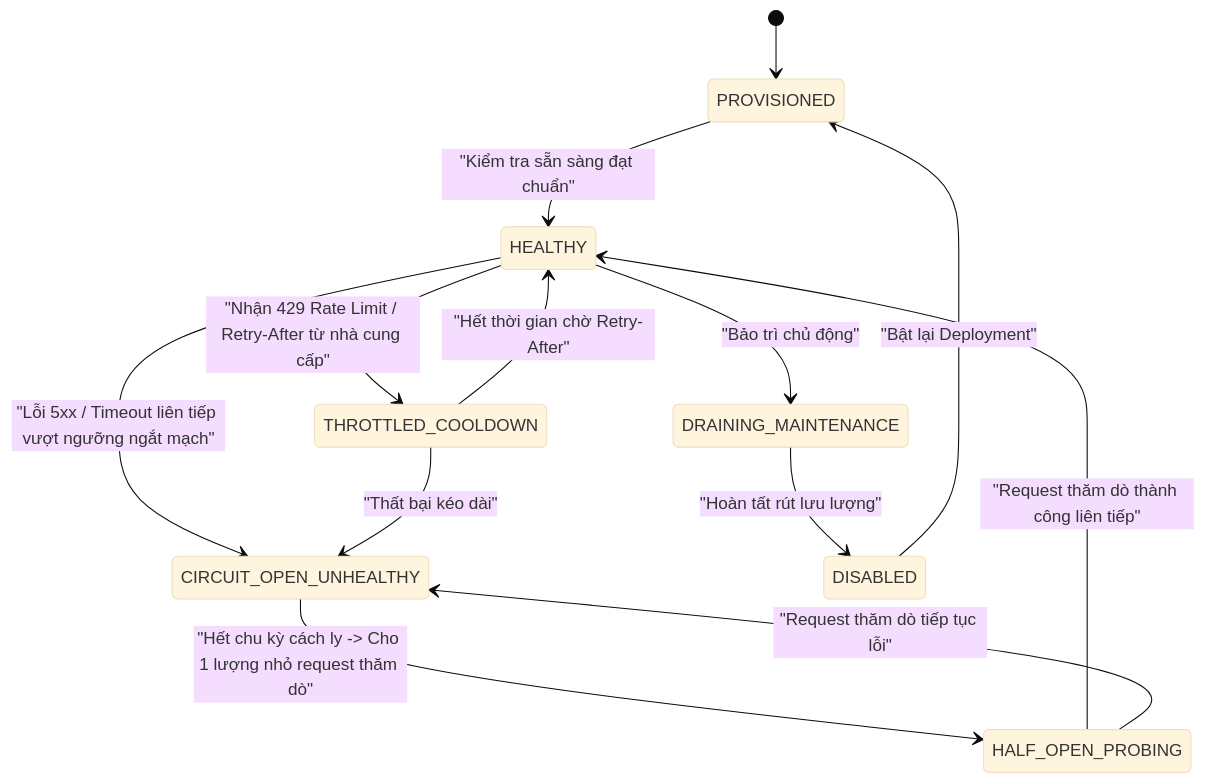
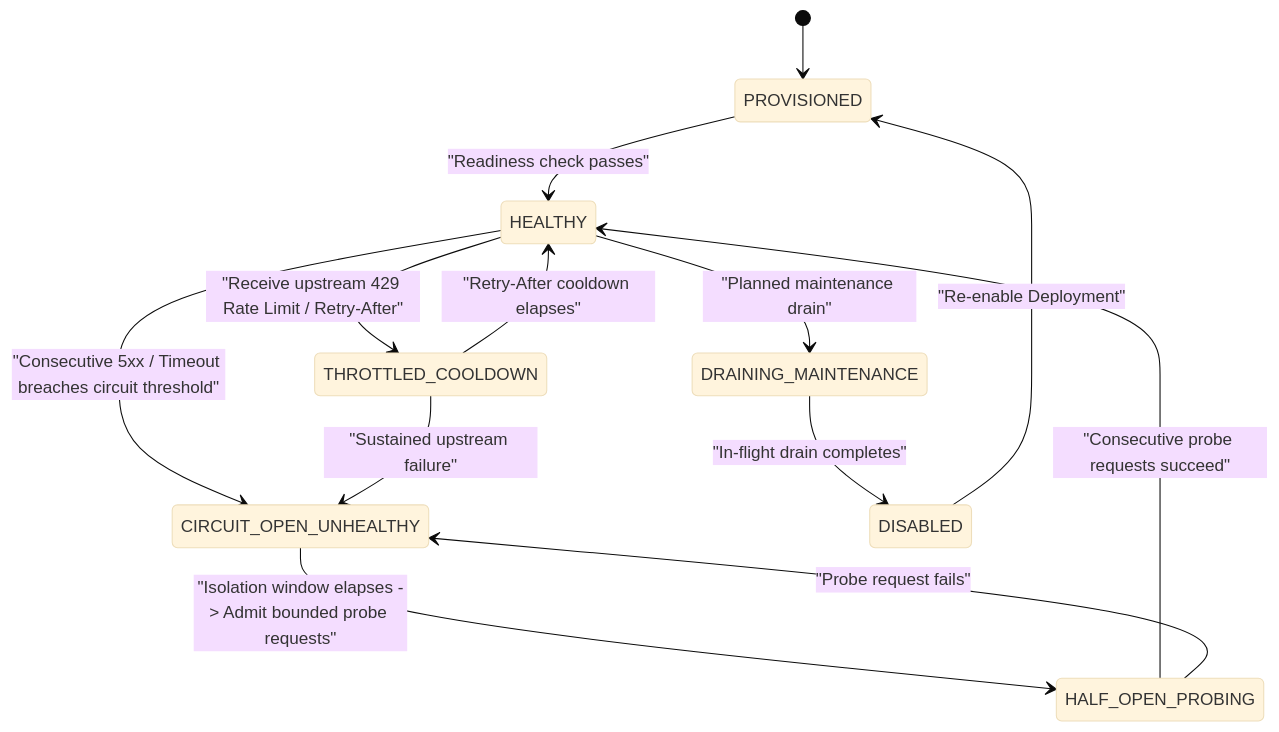
Before and after one commit to nguywnben/tanpopo: the fifth of 9 diagrams in docs/requirements/business-entity-map.md, drawn with Mermaid (base theme). The commit also changed other lines of this file and 111 other files, not shown here.

````diff
--- a/docs/requirements/business-entity-map.md
+++ b/docs/requirements/business-entity-map.md
@@ -169,15 +169,15 @@
 ```mermaid
 stateDiagram-v2
     [*] --> PROVISIONED
-    PROVISIONED --> HEALTHY : "Kiểm tra sẵn sàng đạt chuẩn"
-    HEALTHY --> THROTTLED_COOLDOWN : "Nhận 429 Rate Limit / Retry-After từ nhà cung cấp"
-    THROTTLED_COOLDOWN --> HEALTHY : "Hết thời gian chờ Retry-After"
-    HEALTHY --> CIRCUIT_OPEN_UNHEALTHY : "Lỗi 5xx / Timeout liên tiếp vượt ngưỡng ngắt mạch"
-    THROTTLED_COOLDOWN --> CIRCUIT_OPEN_UNHEALTHY : "Thất bại kéo dài"
-    CIRCUIT_OPEN_UNHEALTHY --> HALF_OPEN_PROBING : "Hết chu kỳ cách ly -> Cho 1 lượng nhỏ request thăm dò"
-    HALF_OPEN_PROBING --> HEALTHY : "Request thăm dò thành công liên tiếp"
-    HALF_OPEN_PROBING --> CIRCUIT_OPEN_UNHEALTHY : "Request thăm dò tiếp tục lỗi"
-    HEALTHY --> DRAINING_MAINTENANCE : "Bảo trì chủ động"
-    DRAINING_MAINTENANCE --> DISABLED : "Hoàn tất rút lưu lượng"
-    DISABLED --> PROVISIONED : "Bật lại Deployment"
+    PROVISIONED --> HEALTHY : "Readiness check passes"
+    HEALTHY --> THROTTLED_COOLDOWN : "Receive upstream 429 Rate Limit / Retry-After"
+    THROTTLED_COOLDOWN --> HEALTHY : "Retry-After cooldown elapses"
+    HEALTHY --> CIRCUIT_OPEN_UNHEALTHY : "Consecutive 5xx / Timeout breaches circuit threshold"
+    THROTTLED_COOLDOWN --> CIRCUIT_OPEN_UNHEALTHY : "Sustained upstream failure"
+    CIRCUIT_OPEN_UNHEALTHY --> HALF_OPEN_PROBING : "Isolation window elapses -> Admit bounded probe requests"
+    HALF_OPEN_PROBING --> HEALTHY : "Consecutive probe requests succeed"
+    HALF_OPEN_PROBING --> CIRCUIT_OPEN_UNHEALTHY : "Probe request fails"
+    HEALTHY --> DRAINING_MAINTENANCE : "Planned maintenance drain"
+    DRAINING_MAINTENANCE --> DISABLED : "In-flight drain completes"
+    DISABLED --> PROVISIONED : "Re-enable Deployment"
 ```
````
